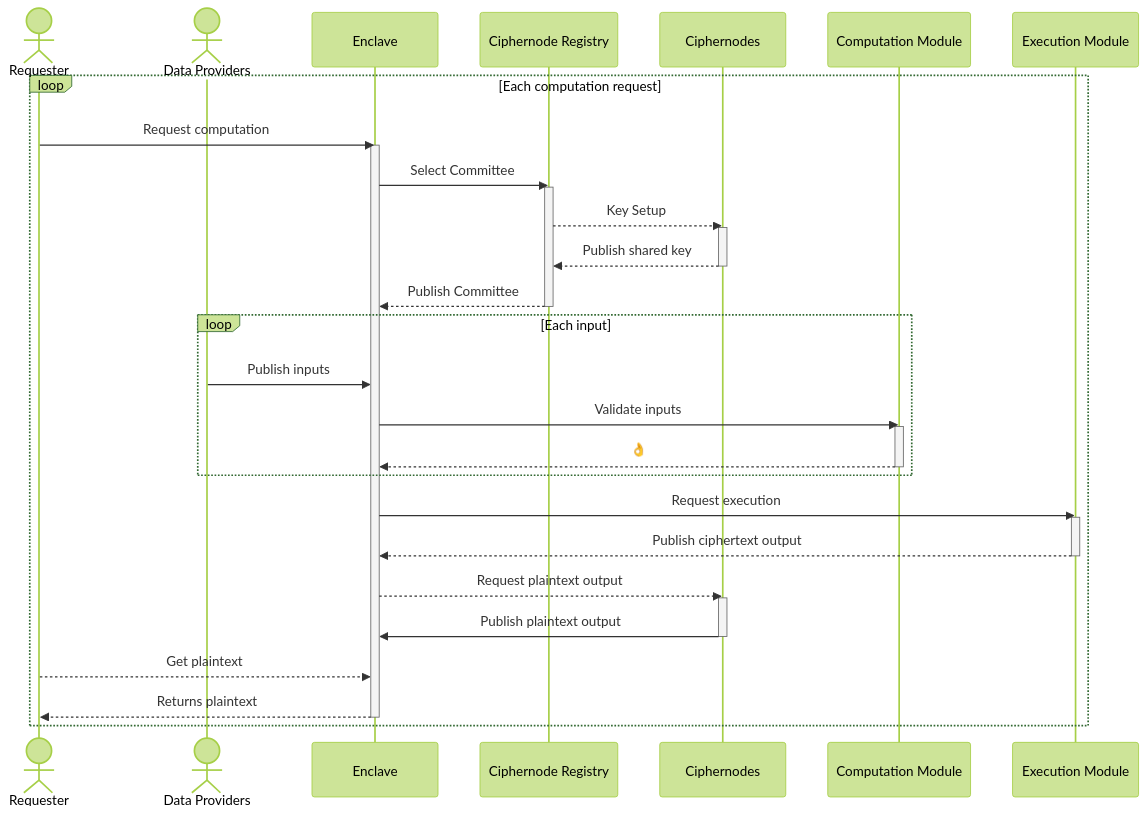
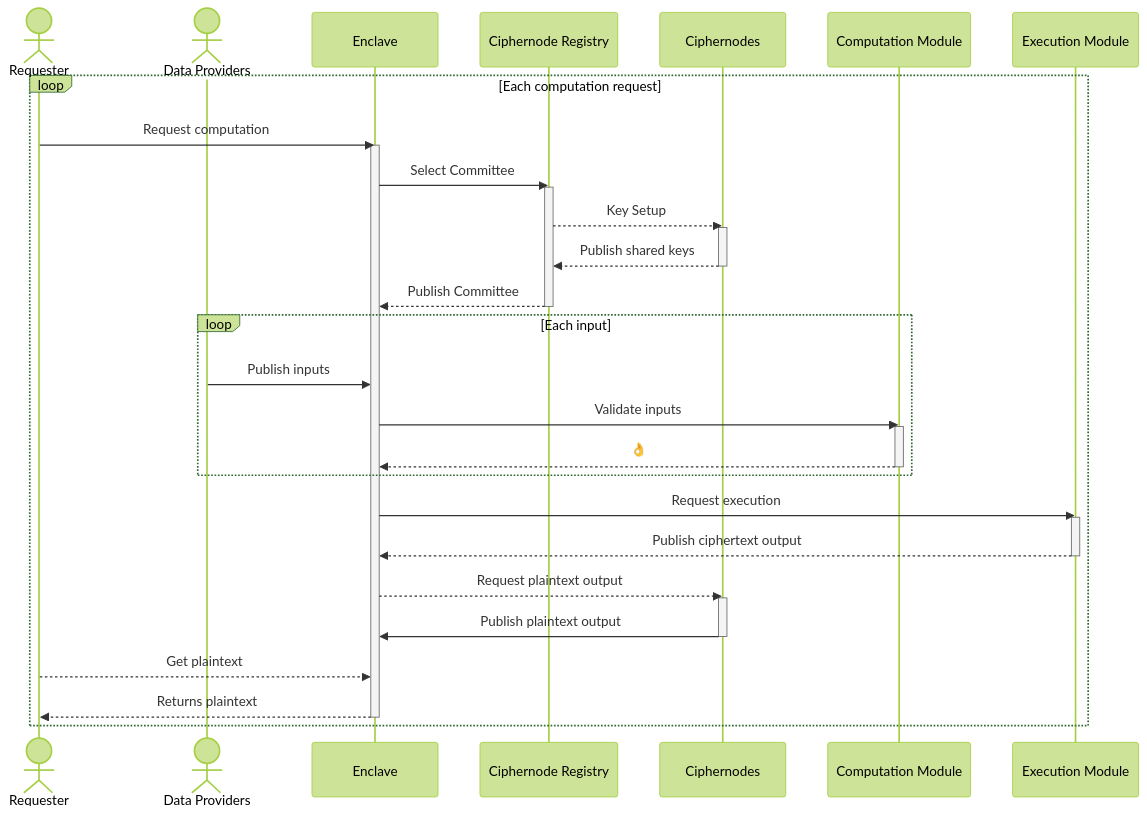
One commit to gnosisguild/enclave changed the diagram in README.md. Above: the diagram before and after it, drawn with Mermaid (forest theme). The commit also changed 1 other file, not shown here.

Commit message:
update sequence diagram in readme

````diff
--- a/README.md
+++ b/README.md
@@ -18,46 +18,46 @@
 ```mermaid
 sequenceDiagram
     actor Requester
     actor Data Providers
     participant Enclave
     participant Ciphernode Registry
     participant Ciphernodes
     participant Computation Module
     participant Execution Module
 
     loop Each computation request
         Requester ->> Enclave: Request computation
         activate Enclave
             Enclave ->> Ciphernode Registry: Select Committee
             activate Ciphernode Registry
                 Ciphernode Registry -->> Ciphernodes: Key Setup
                 activate Ciphernodes
-                    Ciphernodes -->> Ciphernode Registry: Publish shared key
+                    Ciphernodes -->> Ciphernode Registry: Publish shared keys
                 deactivate Ciphernodes
                 Ciphernode Registry -->> Enclave: Publish Committee
             deactivate Ciphernode Registry
 
             loop Each input
                 Data Providers ->> Enclave: Publish inputs
                 Enclave ->> Computation Module: Validate inputs
                 activate Computation Module
                     Computation Module -->> Enclave: 👌
                 deactivate Computation Module
             end
 
             Enclave ->> Execution Module: Request execution
             activate Execution Module
             Execution Module -->> Enclave: Publish ciphertext output
             deactivate Execution Module
 
             Enclave -->> Ciphernodes: Request plaintext output
             activate Ciphernodes
                 Ciphernodes ->> Enclave: Publish plaintext output
             deactivate Ciphernodes
 
             Requester -->> Enclave: Get plaintext
             Enclave -->> Requester: Returns plaintext
         deactivate Enclave
     end
 
 ```
````
